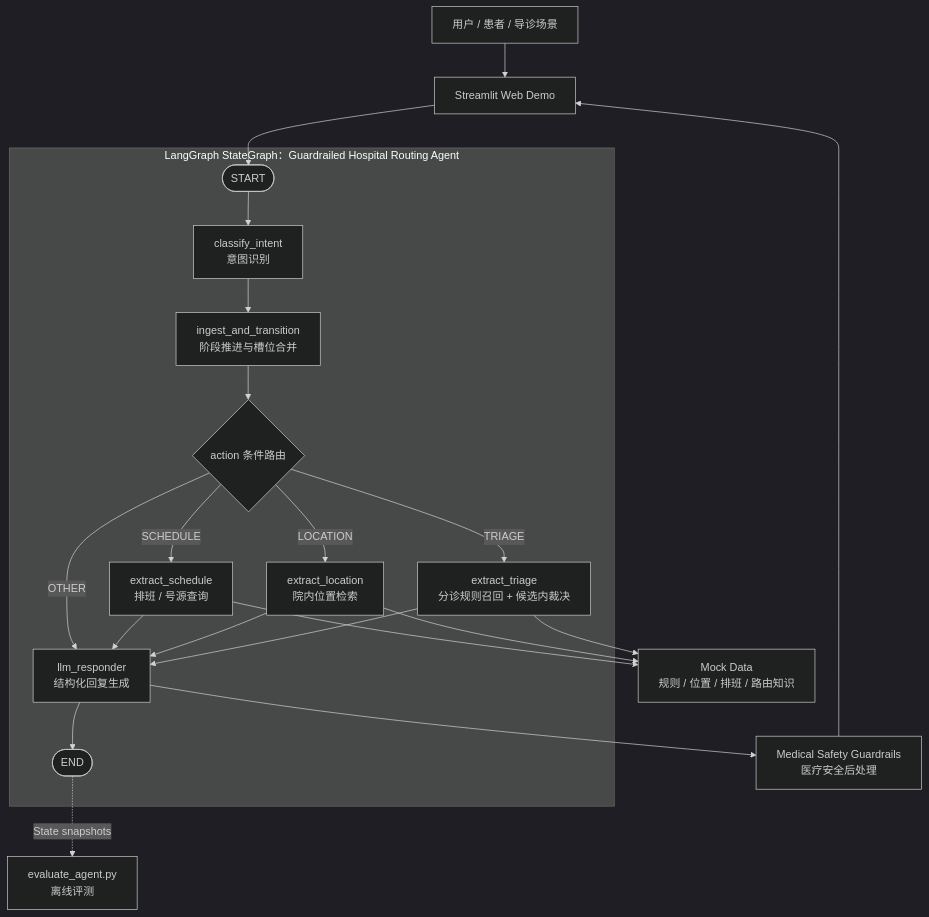
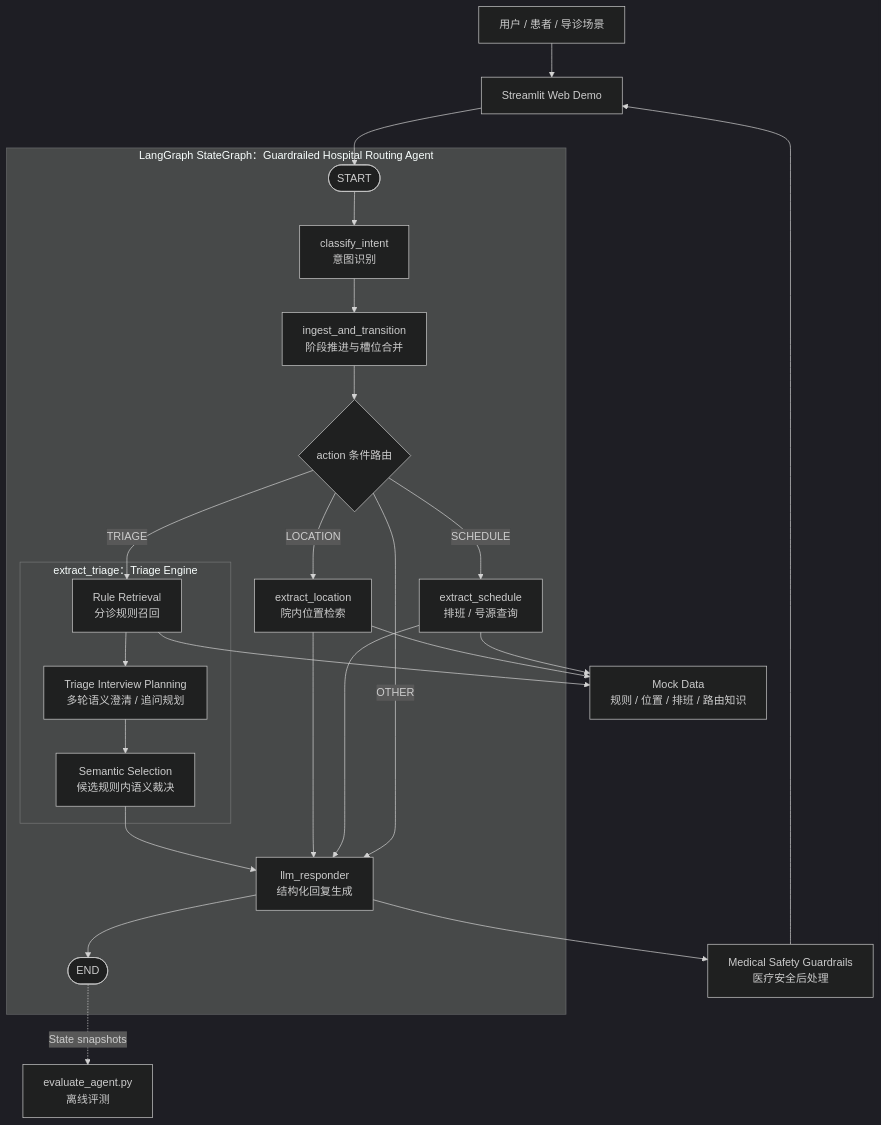
One commit to xli561980-ship-it/Hospital_Agent changed the diagram in docs/architecture.md. Above: the diagram before and after it, drawn with Mermaid (dark theme). The commit also changed other lines of this file and 8 other files, not shown here.

Commit message:
Clarify triage interview boundaries and LLM smoke path

````diff
--- a/docs/architecture.md
+++ b/docs/architecture.md
@@ -16,34 +17,40 @@
 ```mermaid
 flowchart TB
     U["用户 / 患者 / 导诊场景"]
     WEB["Streamlit Web Demo"]
     DATA["Mock Data<br/>规则 / 位置 / 排班 / 路由知识"]
     GUARD["Medical Safety Guardrails<br/>医疗安全后处理"]
     EVAL["evaluate_agent.py<br/>离线评测"]
 
     subgraph GRAPH["LangGraph StateGraph：Guardrailed Hospital Routing Agent"]
         START([START])
         INTENT["classify_intent<br/>意图识别"]
         TRANSITION["ingest_and_transition<br/>阶段推进与槽位合并"]
         ROUTE{"action 条件路由"}
-        TRIAGE["extract_triage<br/>分诊规则召回 + 候选内裁决"]
+        subgraph TRIAGE_MODULE["extract_triage：Triage Engine"]
+            TRIAGE["Rule Retrieval<br/>分诊规则召回"]
+            INTERVIEW["Triage Interview Planning<br/>多轮语义澄清 / 追问规划"]
+            SELECT["Semantic Selection<br/>候选规则内语义裁决"]
+            TRIAGE --> INTERVIEW --> SELECT
+        end
         LOCATION["extract_location<br/>院内位置检索"]
         SCHEDULE["extract_schedule<br/>排班 / 号源查询"]
         RESP["llm_responder<br/>结构化回复生成"]
         END_NODE([END])
 
         START --> INTENT --> TRANSITION --> ROUTE
-        ROUTE -->|"TRIAGE"| TRIAGE --> RESP
+        ROUTE -->|"TRIAGE"| TRIAGE
+        SELECT --> RESP
         ROUTE -->|"LOCATION"| LOCATION --> RESP
         ROUTE -->|"SCHEDULE"| SCHEDULE --> RESP
         ROUTE -->|"OTHER"| RESP
         RESP --> END_NODE
     end
 
     U --> WEB --> START
     TRIAGE --> DATA
     LOCATION --> DATA
     SCHEDULE --> DATA
     RESP --> GUARD --> WEB
     END_NODE -. "State snapshots" .-> EVAL
 ```
````
